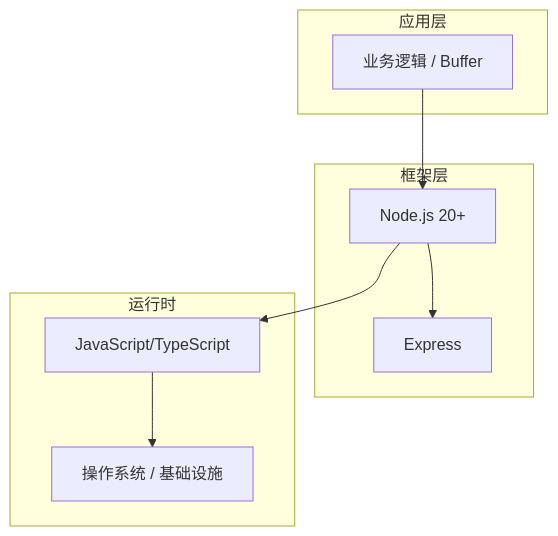
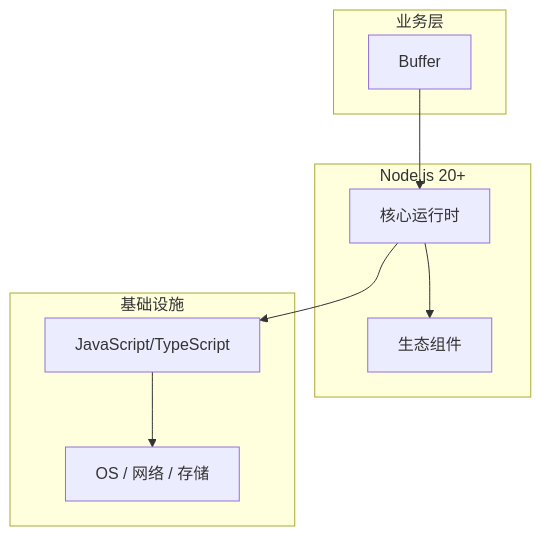
One commit to yanggan2015/knowledge-json-v2 changed the diagram in articles/Node.js/chapters/023-Buffer核心概念与原理.md. Above: the diagram before and after it, drawn with Mermaid. The commit also changed other lines of this file and 10127 other files, not shown here.

````diff
--- a/articles/Node.js/chapters/023-Buffer核心概念与原理.md
+++ b/articles/Node.js/chapters/023-Buffer核心概念与原理.md
@@ -45,18 +34,18 @@
 ```mermaid
 graph TB
-    subgraph 应用层
-        A[业务逻辑 / Buffer]
+    subgraph 业务层
+        A[Buffer]
     end
-    subgraph 框架层
-        B[Node.js 20+]
-        C[Express]
+    subgraph Node.js 20+
+        B[核心运行时]
+        C[生态组件]
     end
-    subgraph 运行时
+    subgraph 基础设施
         D[JavaScript/TypeScript]
-        E[操作系统 / 基础设施]
+        E[OS / 网络 / 存储]
     end
     A --> B
     B --> C
     B --> D
     D --> E
 ```
````
